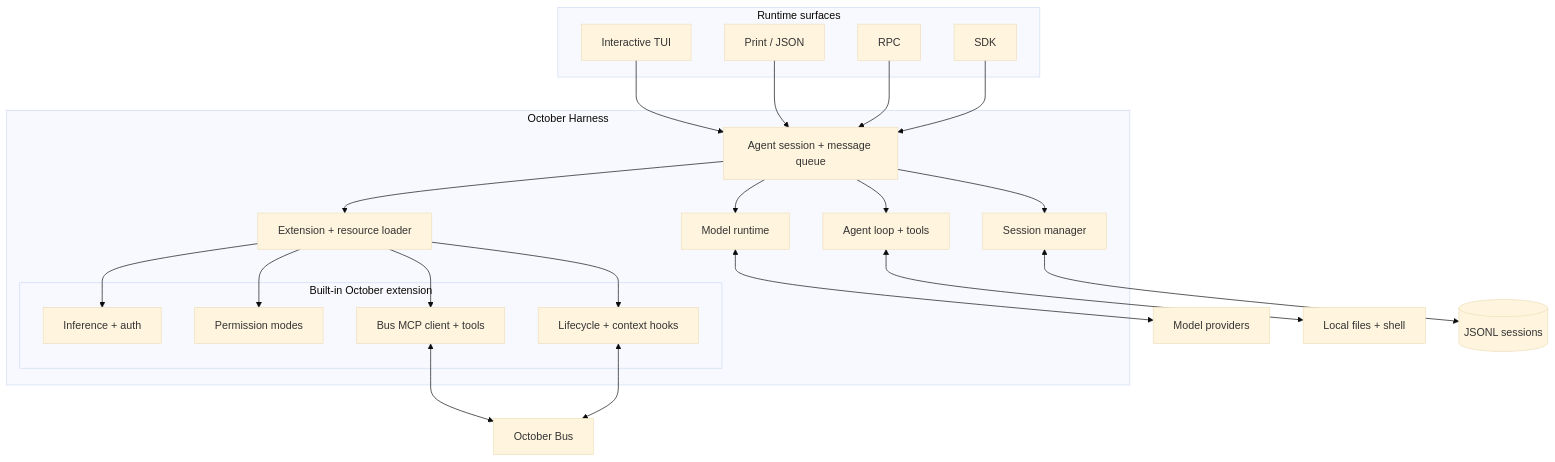
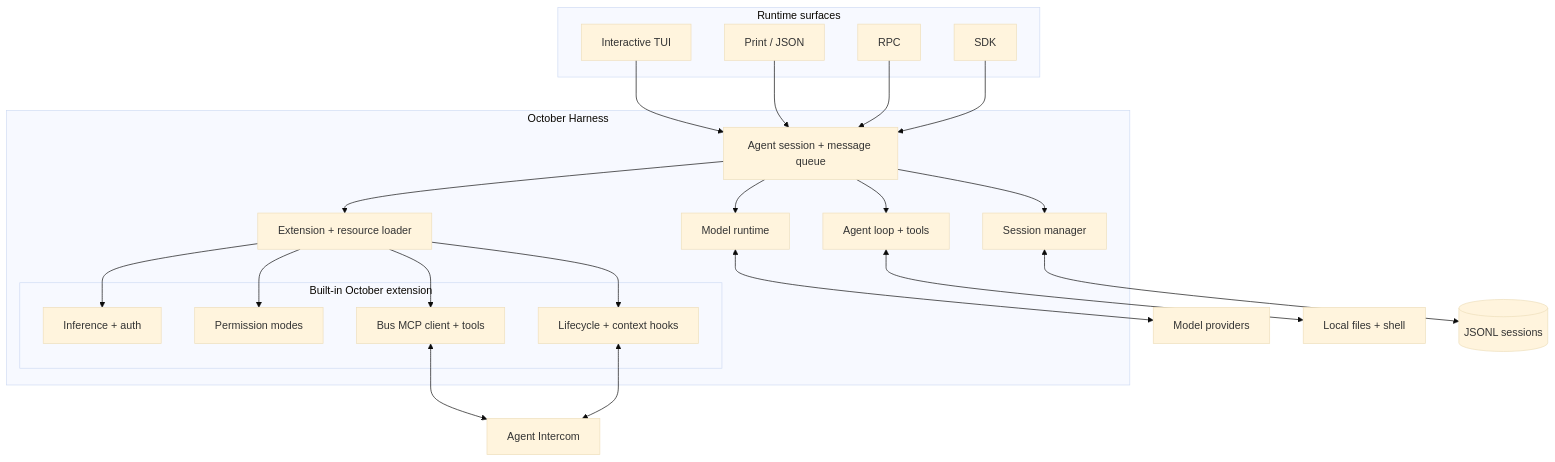
One commit to october-dev/october-harness changed the diagram in README.md. Above: the diagram before and after it, drawn with Mermaid (base theme). The commit also changed other lines of this file and 7 other files, not shown here.

Commit message:
docs(coding-agent): link to Agent Intercom from the harness guides

````diff
--- a/README.md
+++ b/README.md
@@ -315,47 +315,47 @@
 ```mermaid
 flowchart TB
     subgraph Entry[Runtime surfaces]
         A[Interactive TUI]
         B[Print / JSON]
         C[RPC]
         D[SDK]
     end
 
     subgraph Harness[October Harness]
         E[Agent session + message queue]
         F[Agent loop + tools]
         G[Model runtime]
         H[Session manager]
         I[Extension + resource loader]
 
         subgraph October[Built-in October extension]
             J[Inference + auth]
             K[Permission modes]
             L[Bus MCP client + tools]
             M[Lifecycle + context hooks]
         end
     end
 
     N[Model providers]
     O[Local files + shell]
     P[(JSONL sessions)]
-    Q[October Bus]
+    Q[Agent Intercom]
 
     A --> E
     B --> E
     C --> E
     D --> E
     E --> F
     E --> G
     E --> H
     E --> I
     I --> J
     I --> K
     I --> L
     I --> M
     G <--> N
     F <--> O
     H <--> P
     L <--> Q
     M <--> Q
 ```
````
